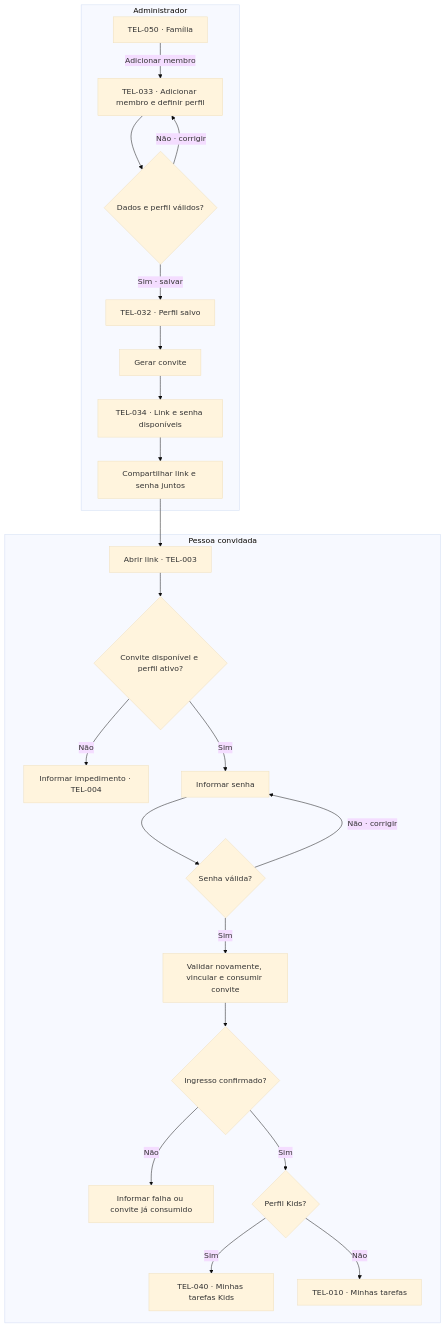
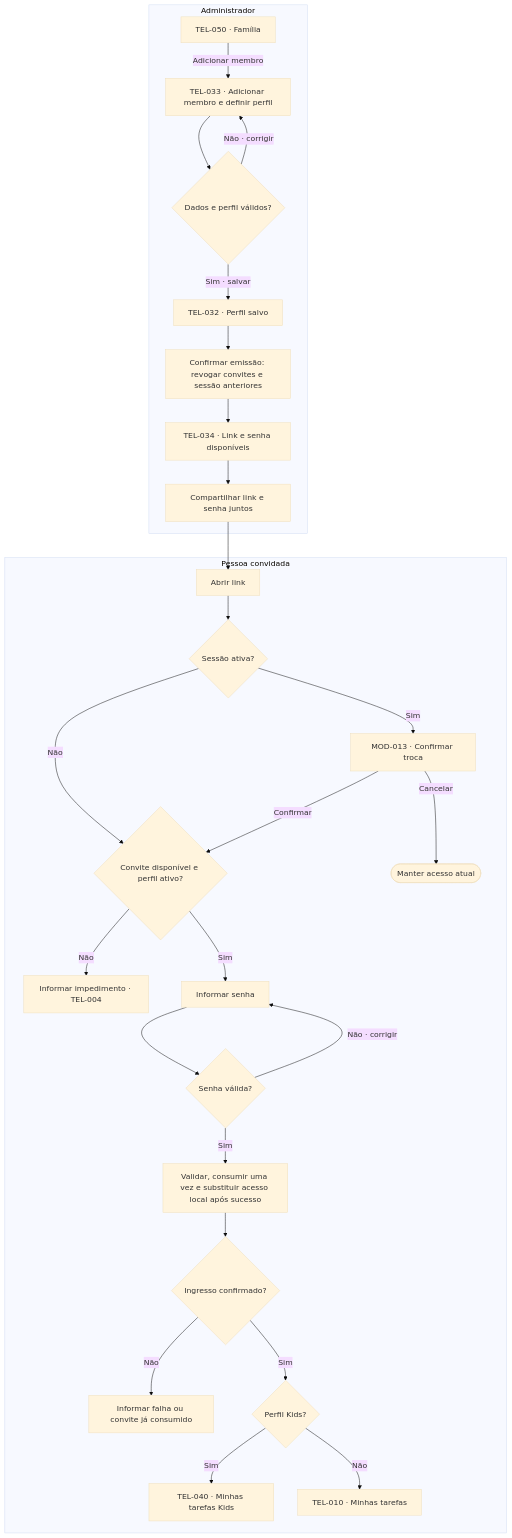
Before and after one commit to lizandramalta/App-Rotina-Familiar: the second of 16 diagrams in docs/design/user-flows.md, drawn with Mermaid (base theme). The commit also changed other lines of this file and 25 other files, not shown here.

````diff
--- a/docs/design/user-flows.md
+++ b/docs/design/user-flows.md
@@ -92,26 +95,30 @@
 ```mermaid
 flowchart TD
     subgraph Admin["Administrador"]
       A["TEL-050 · Família"] -->|Adicionar membro| C["TEL-033 · Adicionar membro e definir perfil"]
       C --> D{"Dados e perfil válidos?"}
       D -->|Não · corrigir| C
       D -->|Sim · salvar| E["TEL-032 · Perfil salvo"]
-      E --> F["Gerar convite"]
+      E --> F["Confirmar emissão: revogar convites e sessão anteriores"]
       F --> G["TEL-034 · Link e senha disponíveis"]
       G --> H["Compartilhar link e senha juntos"]
     end
     subgraph Convidado["Pessoa convidada"]
-      H --> I["Abrir link · TEL-003"]
-      I --> J{"Convite disponível e perfil ativo?"}
+      H --> I["Abrir link"]
+      I --> ACTIVE{"Sessão ativa?"}
+      ACTIVE -->|Não| J
+      ACTIVE -->|Sim| SWITCH["MOD-013 · Confirmar troca"]
+      SWITCH -->|Cancelar| KEEP(["Manter acesso atual"])
+      SWITCH -->|Confirmar| J{"Convite disponível e perfil ativo?"}
       J -->|Não| K["Informar impedimento · TEL-004"]
       J -->|Sim| L["Informar senha"]
       L --> M{"Senha válida?"}
       M -->|Não · corrigir| L
-      M -->|Sim| N["Validar novamente, vincular e consumir convite"]
+      M -->|Sim| N["Validar, consumir uma vez e substituir acesso local após sucesso"]
       N --> O{"Ingresso confirmado?"}
       O -->|Não| P["Informar falha ou convite já consumido"]
       O -->|Sim| Q{"Perfil Kids?"}
       Q -->|Sim| R["TEL-040 · Minhas tarefas Kids"]
       Q -->|Não| S["TEL-010 · Minhas tarefas"]
     end
 ```
````
